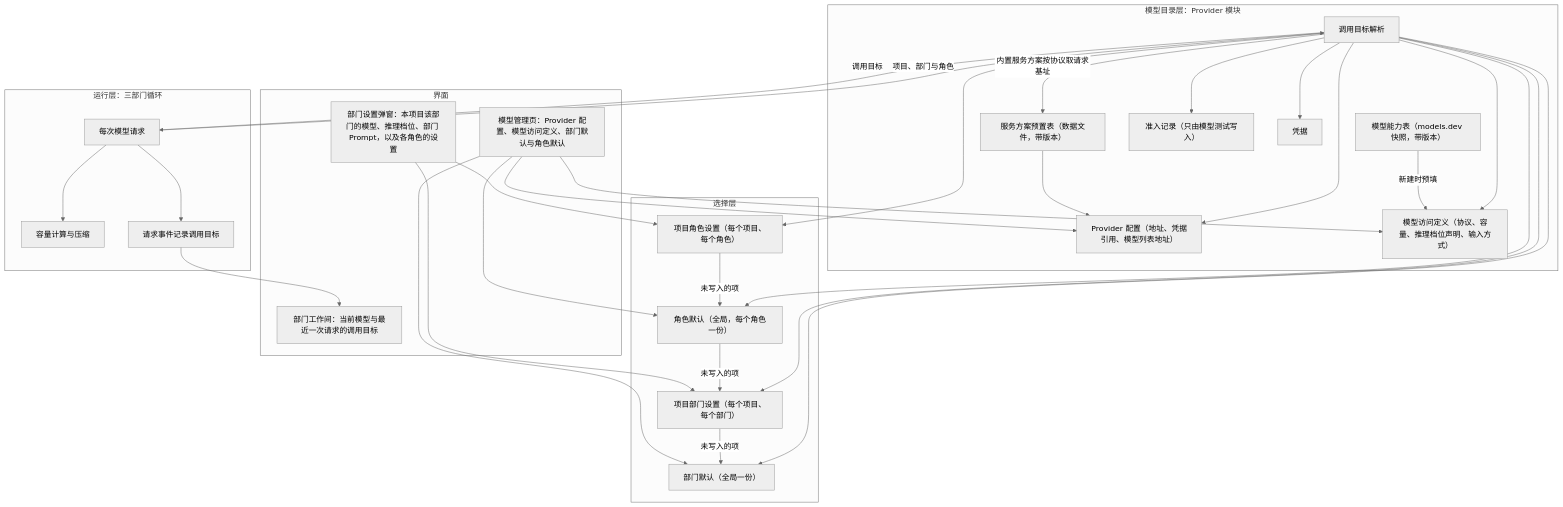
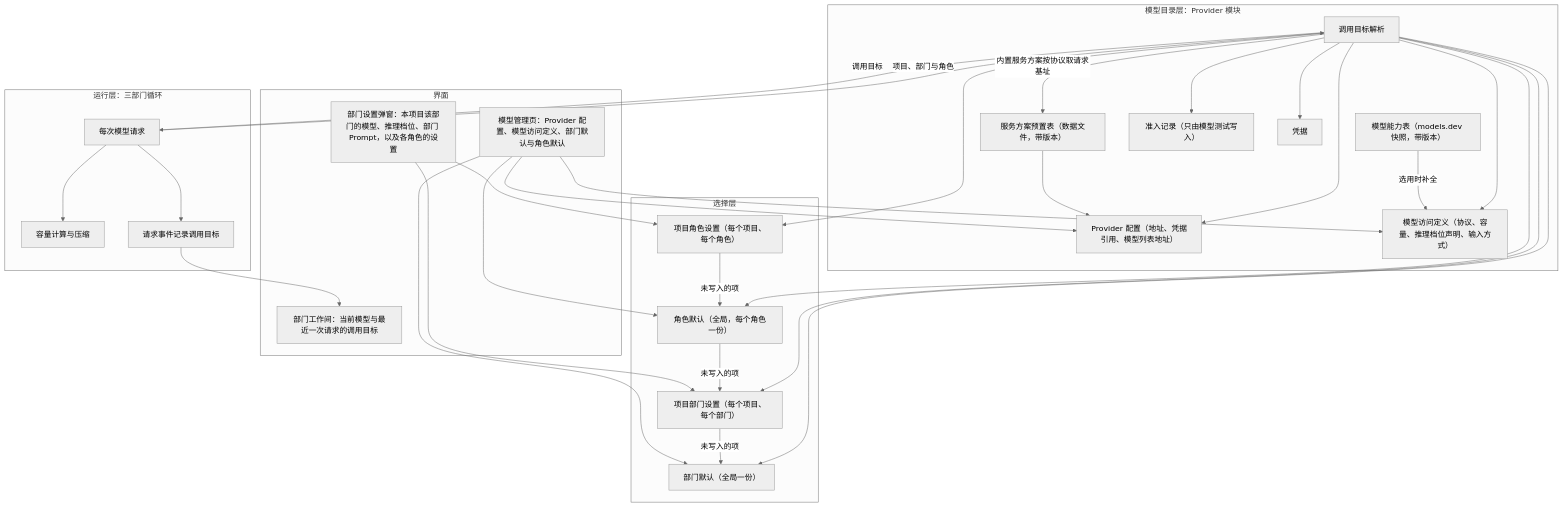
One commit to bender2333/yudao changed the first of 4 diagrams in docs/design/model-management.md. Above: the diagram before and after it, drawn with Mermaid (neutral theme). The commit also changed other lines of this file and 20 other files, not shown here.

````diff
--- a/docs/design/model-management.md
+++ b/docs/design/model-management.md
@@ -31,53 +31,53 @@
 ```mermaid
 flowchart TB
   subgraph UI["界面"]
     MM["模型管理页：Provider 配置、模型访问定义、部门默认与角色默认"]
     DS["部门设置弹窗：本项目该部门的模型、推理档位、部门 Prompt，以及各角色的设置"]
     Room["部门工作间：当前模型与最近一次请求的调用目标"]
   end
   subgraph Select["选择层"]
     Default["部门默认（全局一份）"]
     ProjectSet["项目部门设置（每个项目、每个部门）"]
     RoleDefault["角色默认（全局，每个角色一份）"]
     ProjectRole["项目角色设置（每个项目、每个角色）"]
   end
   subgraph Catalog["模型目录层：Provider 模块"]
     Presets["服务方案预置表（数据文件，带版本）"]
     Caps["模型能力表（models.dev 快照，带版本）"]
     Conn["Provider 配置（地址、凭据引用、模型列表地址）"]
     Def["模型访问定义（协议、容量、推理档位声明、输入方式）"]
     Adm["准入记录（只由模型测试写入）"]
     Cred["凭据"]
     Resolve["调用目标解析"]
   end
   subgraph Run["运行层：三部门循环"]
     Req["每次模型请求"]
     Cap["容量计算与压缩"]
     Audit["请求事件记录调用目标"]
   end
   MM --> Conn
   MM --> Def
   MM --> Default
   MM --> RoleDefault
   DS --> ProjectSet
   DS --> ProjectRole
   Presets --> Conn
-  Caps -->|"新建时预填"| Def
+  Caps -->|"选用时补全"| Def
   ProjectRole -->|"未写入的项"| RoleDefault
   RoleDefault -->|"未写入的项"| ProjectSet
   ProjectSet -->|"未写入的项"| Default
   Req -->|"项目、部门与角色"| Resolve
   Resolve --> ProjectRole
   Resolve --> RoleDefault
   Resolve --> ProjectSet
   Resolve --> Default
   Resolve --> Def
   Resolve --> Adm
   Resolve --> Cred
   Resolve --> Conn
   Resolve -->|"内置服务方案按协议取请求基址"| Presets
   Resolve -->|"调用目标"| Req
   Req --> Cap
   Req --> Audit
   Audit --> Room
 ```
````
